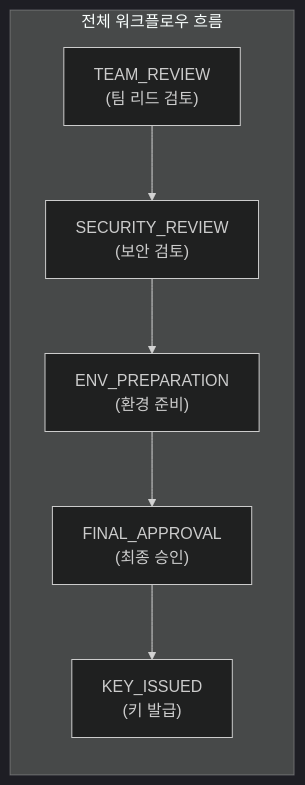
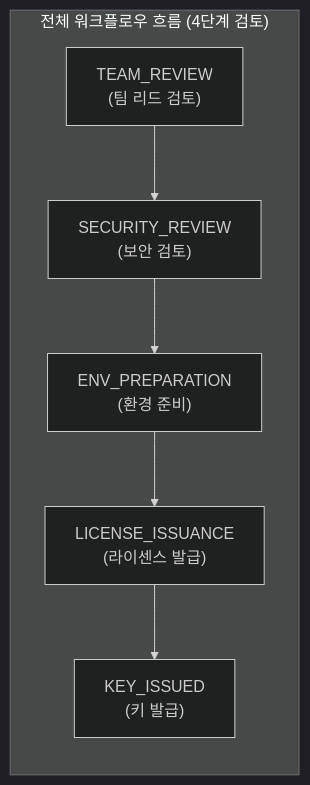
The eighth of 15 diagrams in docs/03_아키텍처_설계서.md (nuriguri1228/codehub-manage-aitool), drawn with Mermaid (dark theme) before and after one commit. The commit also changed other lines of this file and 10 other files, not shown here.

First line of the commit message:
Implement LICENSE_ISSUANCE feature and update all docs to new review flow

````diff
--- a/docs/03_아키텍처_설계서.md
+++ b/docs/03_아키텍처_설계서.md
@@ -1218,9 +1217,9 @@
 ```mermaid
 flowchart LR
-    subgraph Workflow["전체 워크플로우 흐름"]
+    subgraph Workflow["전체 워크플로우 흐름 (4단계 검토)"]
         TR["TEAM_REVIEW<br/>(팀 리드 검토)"] --> SR["SECURITY_REVIEW<br/>(보안 검토)"]
         SR --> EP["ENV_PREPARATION<br/>(환경 준비)"]
-        EP --> FA["FINAL_APPROVAL<br/>(최종 승인)"]
-        FA --> KI["KEY_ISSUED<br/>(키 발급)"]
+        EP --> LI["LICENSE_ISSUANCE<br/>(라이센스 발급)"]
+        LI --> KI["KEY_ISSUED<br/>(키 발급)"]
     end
 ```
````
